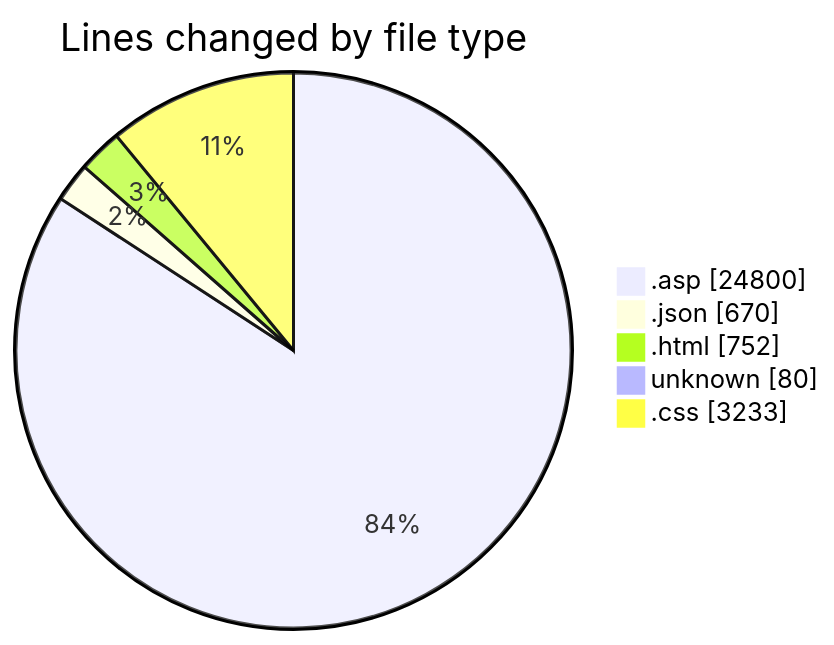
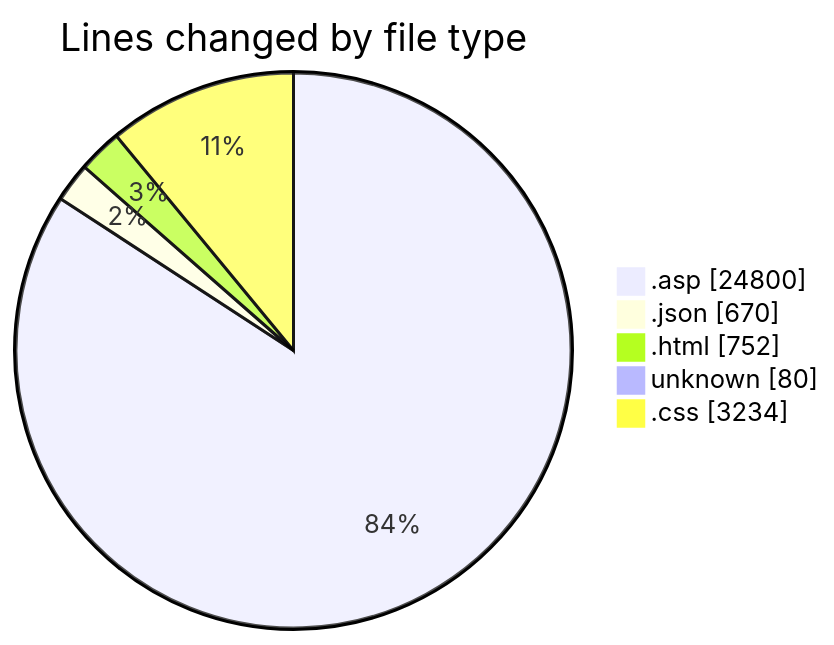
The first of 2 diagrams in 2025-11-01/cdp_aleoudev_fr__workspace_/README.md (julien-gomy/code-tracking), drawn with Mermaid before and after one commit. The commit also changed other lines of this file and 1 other file, not shown here.

````diff
--- a/2025-11-01/cdp_aleoudev_fr__workspace_/README.md
+++ b/2025-11-01/cdp_aleoudev_fr__workspace_/README.md
@@ -37,9 +37,9 @@
 ```mermaid
 pie showData
 title Lines changed by file type
 ".asp" : 24800
 ".json" : 670
 ".html" : 752
 "unknown" : 80
-".css" : 3233
+".css" : 3234
 ```
````
